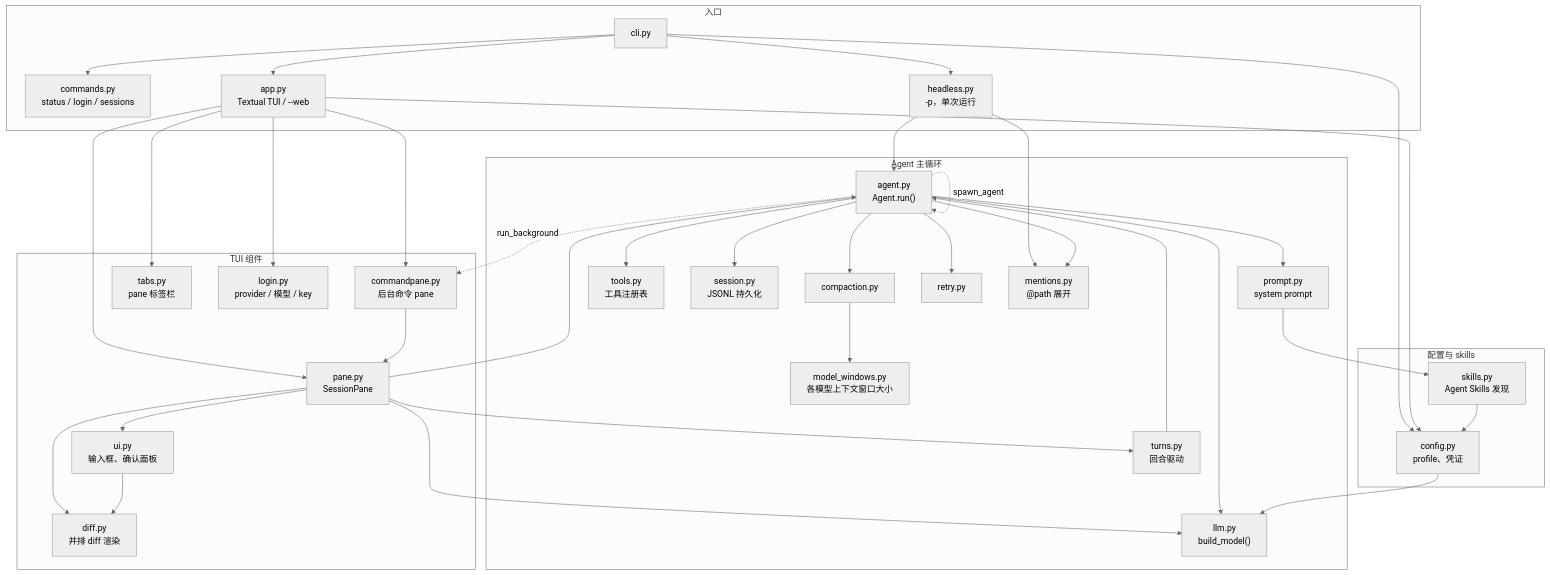
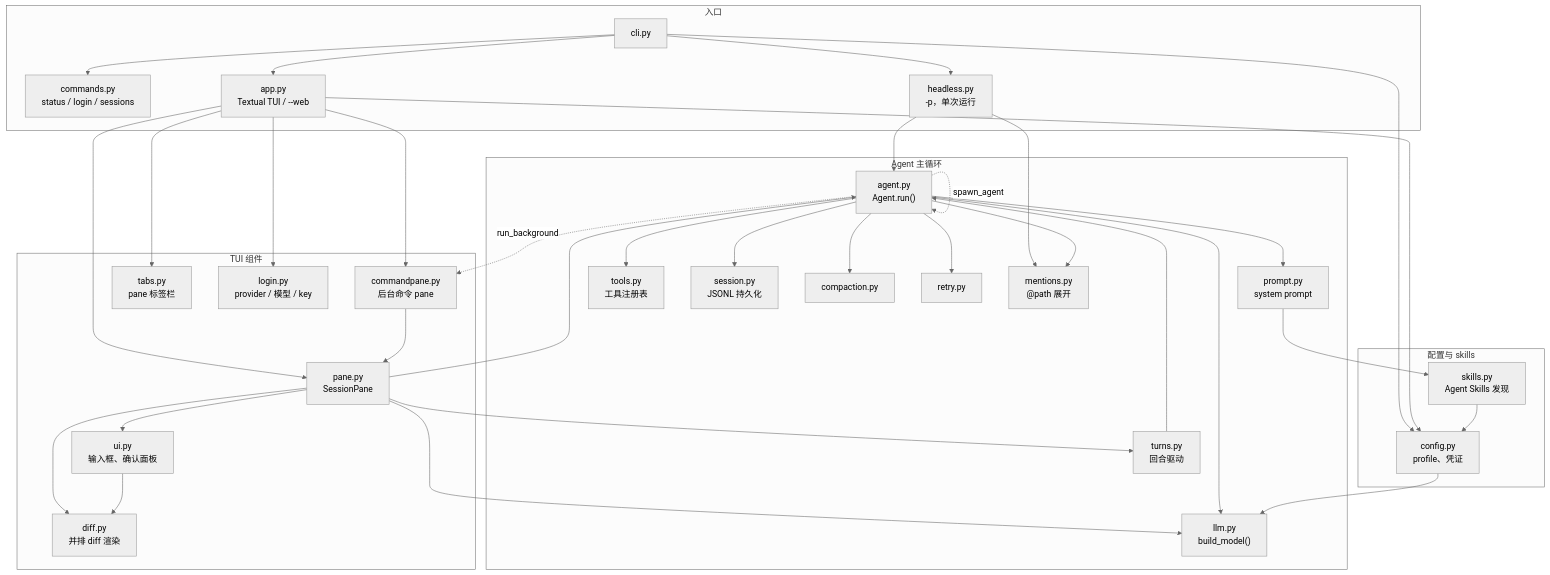
One commit to aisk/paimon changed the diagram in README.zh-CN.md. Above: the diagram before and after it, drawn with Mermaid (neutral theme). The commit also changed 12 other files, not shown here.

````diff
--- a/README.zh-CN.md
+++ b/README.zh-CN.md
@@ -115,76 +115,74 @@
 ```mermaid
 flowchart TD
     subgraph entry["入口"]
         CLI["cli.py"]
         Commands["commands.py<br/>status / login / sessions"]
         Headless["headless.py<br/>-p，单次运行"]
         App["app.py<br/>Textual TUI / --web"]
     end
 
     subgraph tui["TUI 组件"]
         Pane["pane.py<br/>SessionPane"]
         CommandPane["commandpane.py<br/>后台命令 pane"]
         Tabs["tabs.py<br/>pane 标签栏"]
         Login["login.py<br/>provider / 模型 / key"]
         UIWidgets["ui.py<br/>输入框、确认面板"]
         Diff["diff.py<br/>并排 diff 渲染"]
     end
 
     subgraph core["Agent 主循环"]
         AgentLoop["agent.py<br/>Agent.run()"]
         LLM["llm.py<br/>build_model()"]
         PromptMod["prompt.py<br/>system prompt"]
         ToolsMod["tools.py<br/>工具注册表"]
         SessionMod["session.py<br/>JSONL 持久化"]
         Compaction["compaction.py"]
-        ModelWindows["model_windows.py<br/>各模型上下文窗口大小"]
         Retry["retry.py"]
         Mentions["mentions.py<br/>@path 展开"]
         Jobs["turns.py<br/>回合驱动"]
     end
 
     subgraph support["配置与 skills"]
         Config["config.py<br/>profile、凭证"]
         Skills["skills.py<br/>Agent Skills 发现"]
     end
 
     CLI --> Commands
     CLI --> Headless
     CLI --> App
     CLI --> Config
 
     Headless --> AgentLoop
     Headless --> Mentions
 
     App --> Pane
     App --> CommandPane
     App --> Tabs
     App --> Login
     App --> Config
 
     Pane --> Jobs
     Pane --> AgentLoop
     Pane --> Diff
     Pane --> UIWidgets
     Pane --> LLM
     CommandPane --> Pane
     UIWidgets --> Diff
 
     AgentLoop --> LLM
     AgentLoop --> PromptMod
     AgentLoop --> ToolsMod
     AgentLoop --> SessionMod
     AgentLoop --> Compaction
     AgentLoop --> Retry
     AgentLoop --> Mentions
     AgentLoop -. "spawn_agent" .-> AgentLoop
     AgentLoop -. "run_background" .-> CommandPane
 
     PromptMod --> Skills
-    Compaction --> ModelWindows
 
     Jobs --> AgentLoop
 
     Skills --> Config
     Config --> LLM
 ```
````
